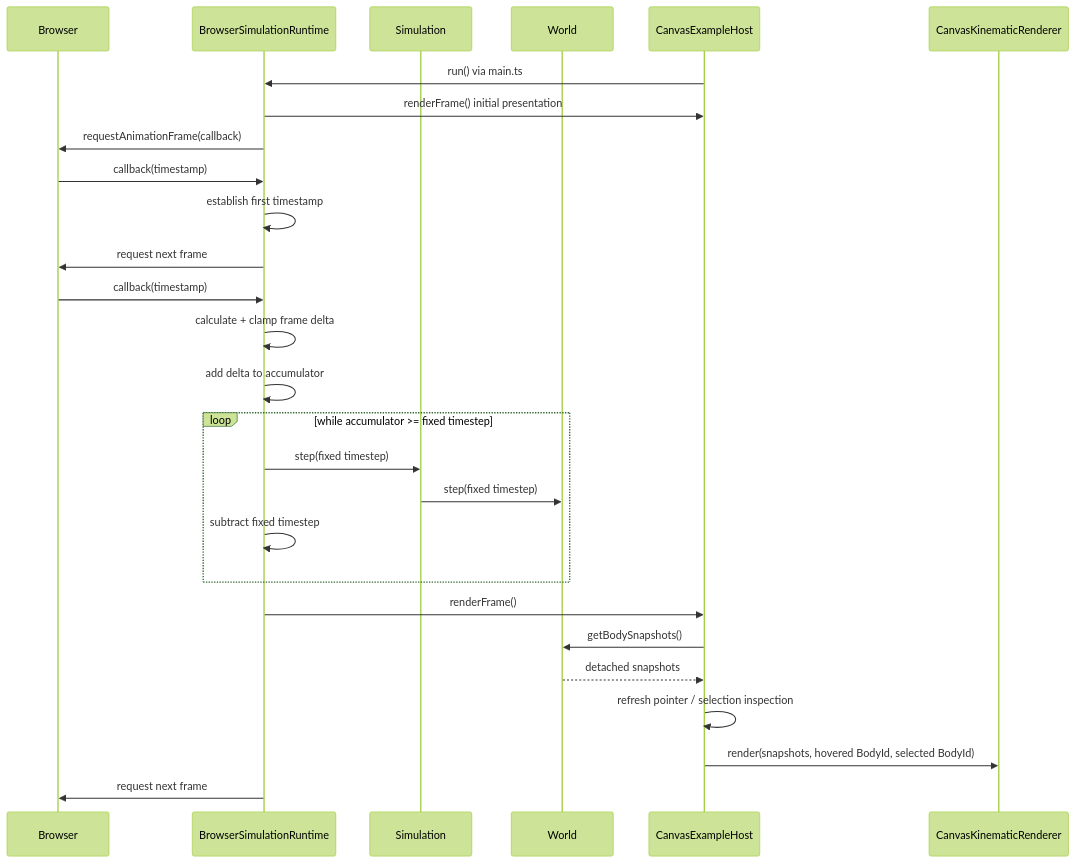
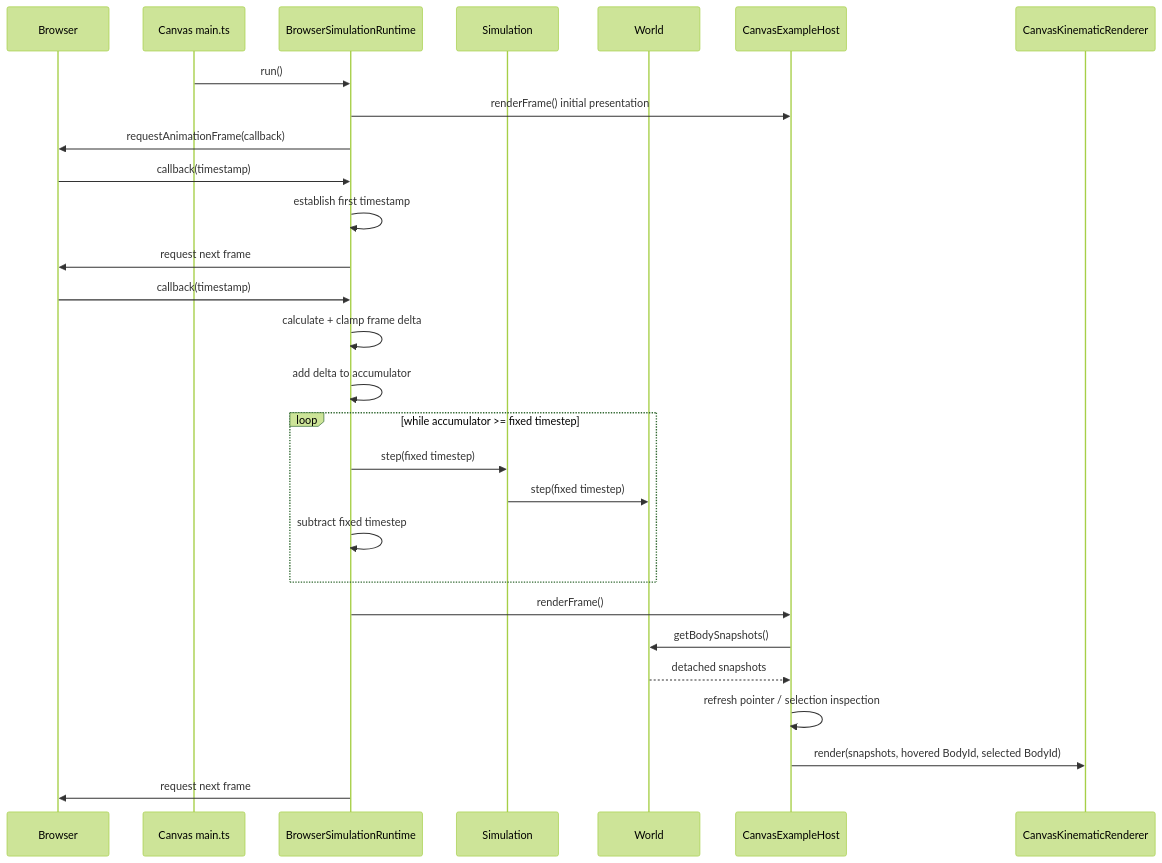
One commit to fa-ribeiro/vLab2D changed diagram 12 of 22 in docs/architecture/README.md. Above: the diagram before and after it, drawn with Mermaid (forest theme). The commit also changed 3 other files, not shown here.

````diff
--- a/docs/architecture/README.md
+++ b/docs/architecture/README.md
@@ -664,34 +664,35 @@
 ```mermaid
 sequenceDiagram
     participant Browser
+    participant Main as Canvas main.ts
     participant Runtime as BrowserSimulationRuntime
     participant Simulation
     participant World
     participant Host as CanvasExampleHost
     participant Renderer as CanvasKinematicRenderer
 
-    Host->>Runtime: run() via main.ts
+    Main->>Runtime: run()
     Runtime->>Host: renderFrame() initial presentation
     Runtime->>Browser: requestAnimationFrame(callback)
 
     Browser->>Runtime: callback(timestamp)
     Runtime->>Runtime: establish first timestamp
     Runtime->>Browser: request next frame
 
     Browser->>Runtime: callback(timestamp)
     Runtime->>Runtime: calculate + clamp frame delta
     Runtime->>Runtime: add delta to accumulator
 
     loop while accumulator >= fixed timestep
         Runtime->>Simulation: step(fixed timestep)
         Simulation->>World: step(fixed timestep)
         Runtime->>Runtime: subtract fixed timestep
     end
 
     Runtime->>Host: renderFrame()
     Host->>World: getBodySnapshots()
     World-->>Host: detached snapshots
     Host->>Host: refresh pointer / selection inspection
     Host->>Renderer: render(snapshots, hovered BodyId, selected BodyId)
     Runtime->>Browser: request next frame
 ```
````
